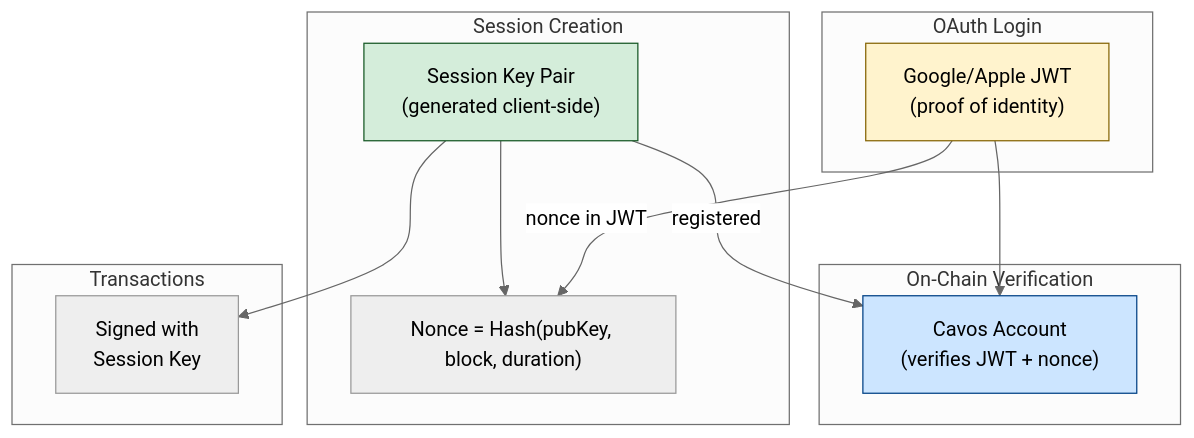
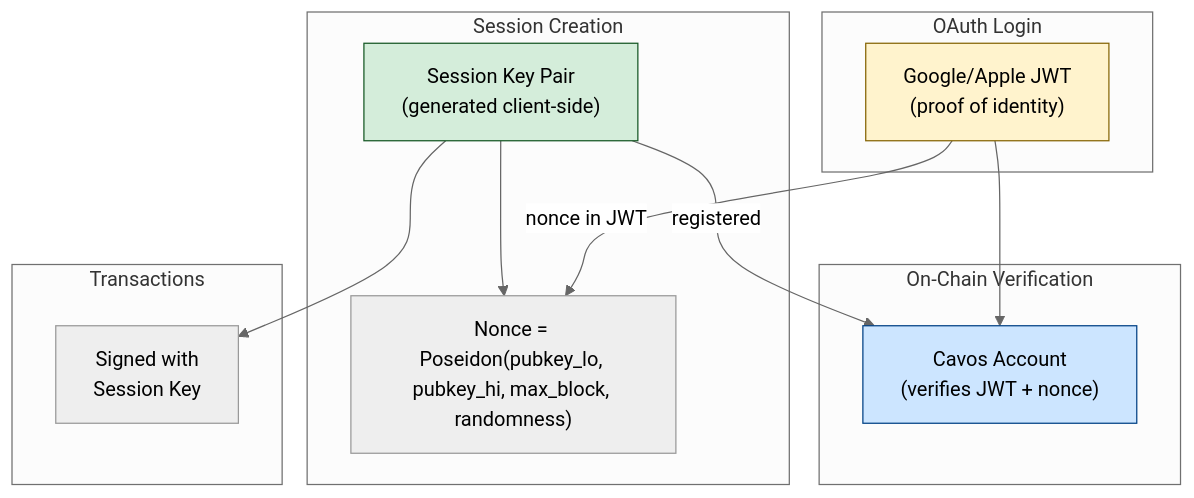
One commit to cavos-labs/docs changed the first of 2 diagrams in advanced/session-keys.mdx. Above: the diagram before and after it, drawn with Mermaid (neutral theme). The commit also changed other lines of this file and 4 other files, not shown here.

````diff
--- a/advanced/session-keys.mdx
+++ b/advanced/session-keys.mdx
@@ -10,29 +10,29 @@
 ```mermaid
 flowchart TB
     subgraph auth["OAuth Login"]
         JWT["Google/Apple JWT\n(proof of identity)"]
     end
     
     subgraph session["Session Creation"]
         SK["Session Key Pair\n(generated client-side)"]
-        NONCE["Nonce = Hash(pubKey, block, duration)"]
+        NONCE["Nonce = Poseidon(pubkey_lo, pubkey_hi, max_block, randomness)"]
     end
     
     subgraph verified["On-Chain Verification"]
         CONTRACT["Cavos Account\n(verifies JWT + nonce)"]
     end
     
     subgraph usage["Transactions"]
         TX["Signed with\nSession Key"]
     end
     
     JWT --> |"nonce in JWT"| NONCE
     SK --> NONCE
     JWT --> CONTRACT
     SK --> |"registered"| CONTRACT
     SK --> TX
     
     style JWT fill:#fff3cd,stroke:#856404
     style SK fill:#d4edda,stroke:#155724
     style CONTRACT fill:#cce5ff,stroke:#004085
 ```
````
